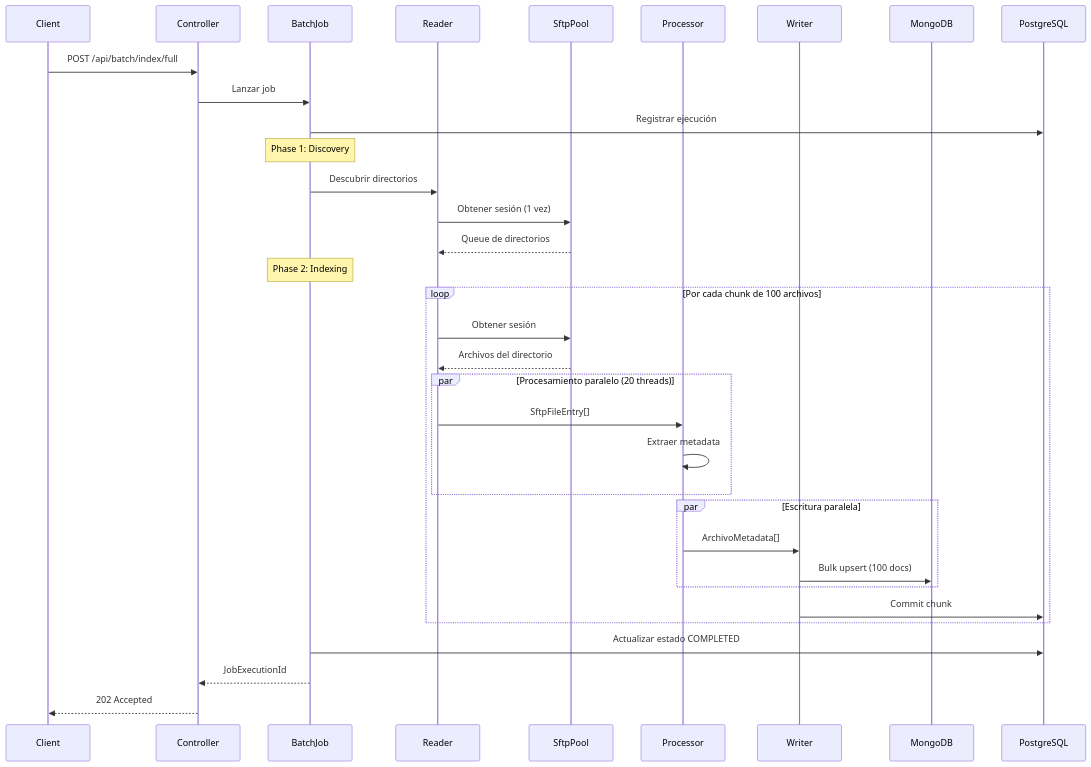
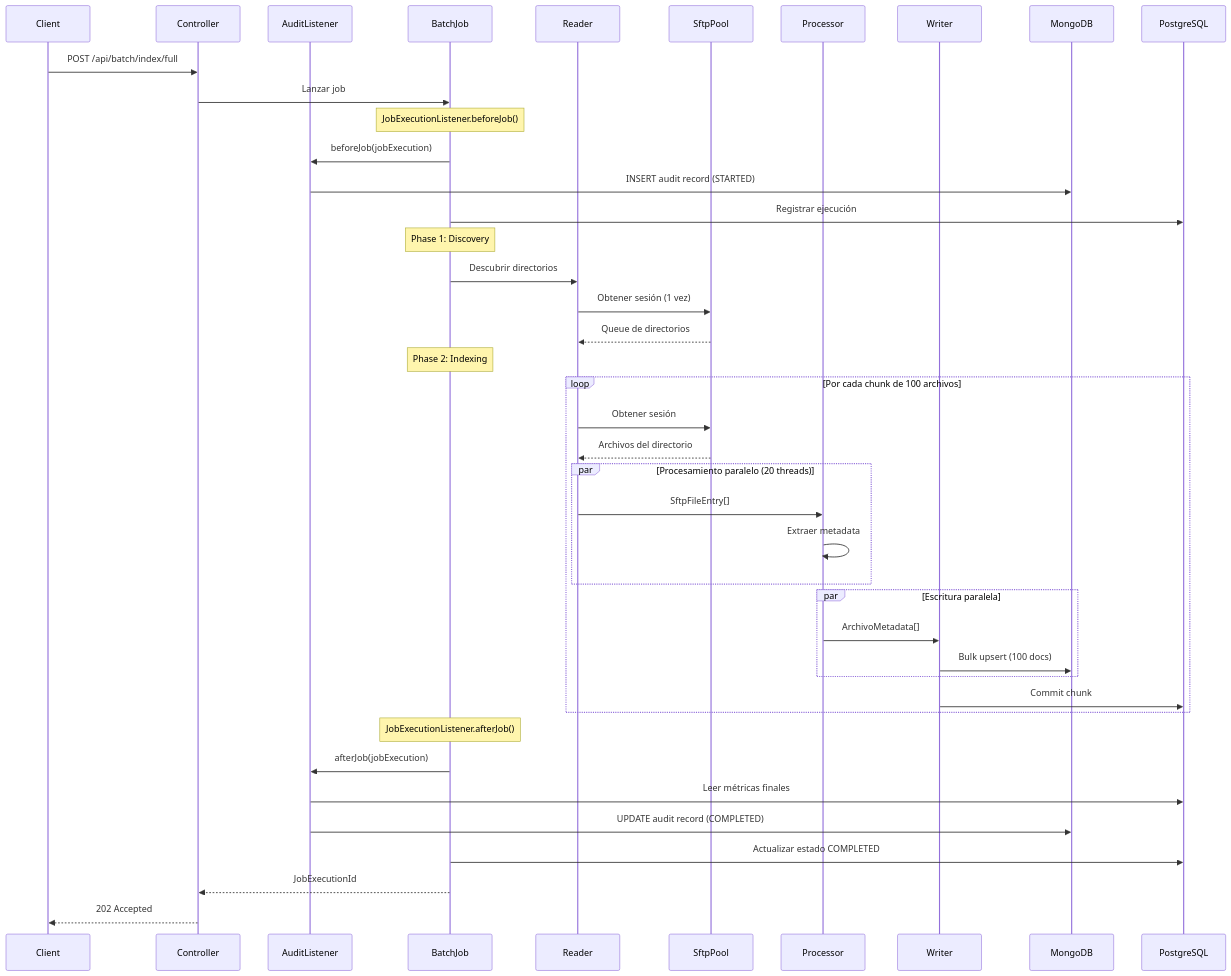
The second of 8 diagrams in README.md (hahuaranga/dvsmart_indexing_api), drawn with Mermaid before and after one commit. The commit also changed other lines of this file and 7 other files, not shown here.

````diff
--- a/README.md
+++ b/README.md
@@ -114,43 +125,53 @@
 ```mermaid
 sequenceDiagram
     participant Client
     participant Controller
+    participant AuditListener
     participant BatchJob
     participant Reader
     participant SftpPool
     participant Processor
     participant Writer
     participant MongoDB
     participant PostgreSQL
 
     Client->>Controller: POST /api/batch/index/full
     Controller->>BatchJob: Lanzar job
+    
+    Note over BatchJob: JobExecutionListener.beforeJob()
+    BatchJob->>AuditListener: beforeJob(jobExecution)
+    AuditListener->>MongoDB: INSERT audit record (STARTED)
     BatchJob->>PostgreSQL: Registrar ejecución
     
     Note over BatchJob: Phase 1: Discovery
     BatchJob->>Reader: Descubrir directorios
     Reader->>SftpPool: Obtener sesión (1 vez)
     SftpPool-->>Reader: Queue de directorios
     
     Note over BatchJob: Phase 2: Indexing
     loop Por cada chunk de 100 archivos
         Reader->>SftpPool: Obtener sesión
         SftpPool-->>Reader: Archivos del directorio
         
         par Procesamiento paralelo (20 threads)
             Reader->>Processor: SftpFileEntry[]
             Processor->>Processor: Extraer metadata
         end
         
         par Escritura paralela
             Processor->>Writer: ArchivoMetadata[]
             Writer->>MongoDB: Bulk upsert (100 docs)
         end
         
         Writer->>PostgreSQL: Commit chunk
     end
     
+    Note over BatchJob: JobExecutionListener.afterJob()
+    BatchJob->>AuditListener: afterJob(jobExecution)
+    AuditListener->>PostgreSQL: Leer métricas finales
+    AuditListener->>MongoDB: UPDATE audit record (COMPLETED)
+    
     BatchJob->>PostgreSQL: Actualizar estado COMPLETED
     BatchJob-->>Controller: JobExecutionId
     Controller-->>Client: 202 Accepted
 ```
````
